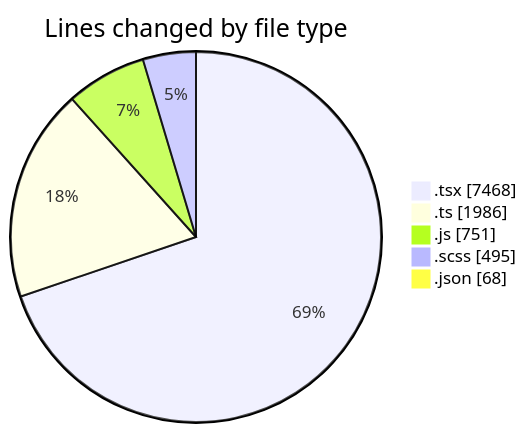
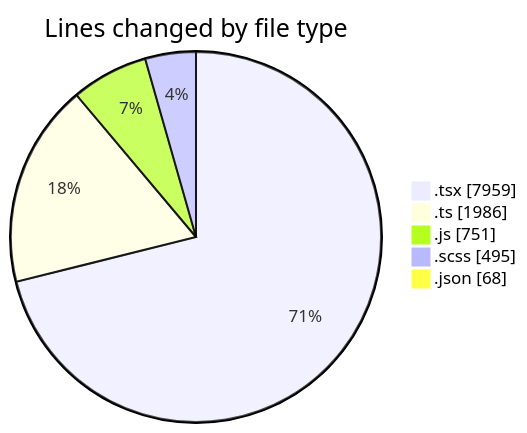
Before and after one commit to momahboobian/code-tracking: the first of 2 diagrams in 2026-06-10/cda/README.md, drawn with Mermaid. The commit also changed other lines of this file and 1 other file, not shown here.

````diff
--- a/2026-06-10/cda/README.md
+++ b/2026-06-10/cda/README.md
@@ -64,9 +65,9 @@
 ```mermaid
 pie showData
 title Lines changed by file type
-".tsx" : 7468
+".tsx" : 7959
 ".ts" : 1986
 ".js" : 751
 ".scss" : 495
 ".json" : 68
 ```
````
